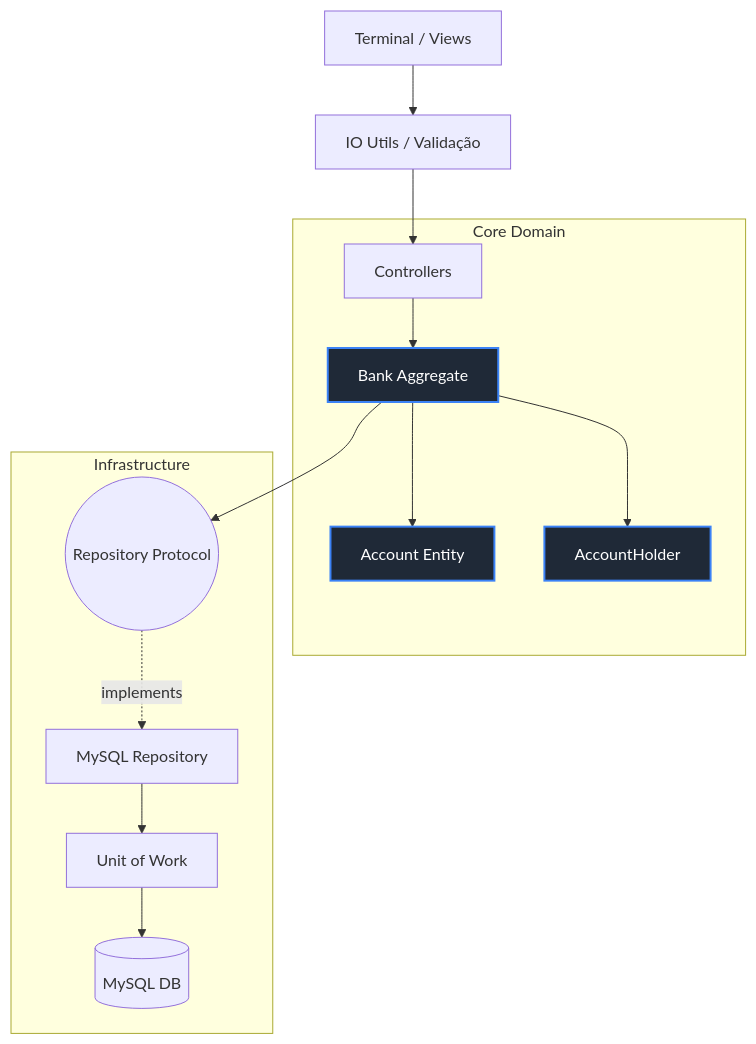
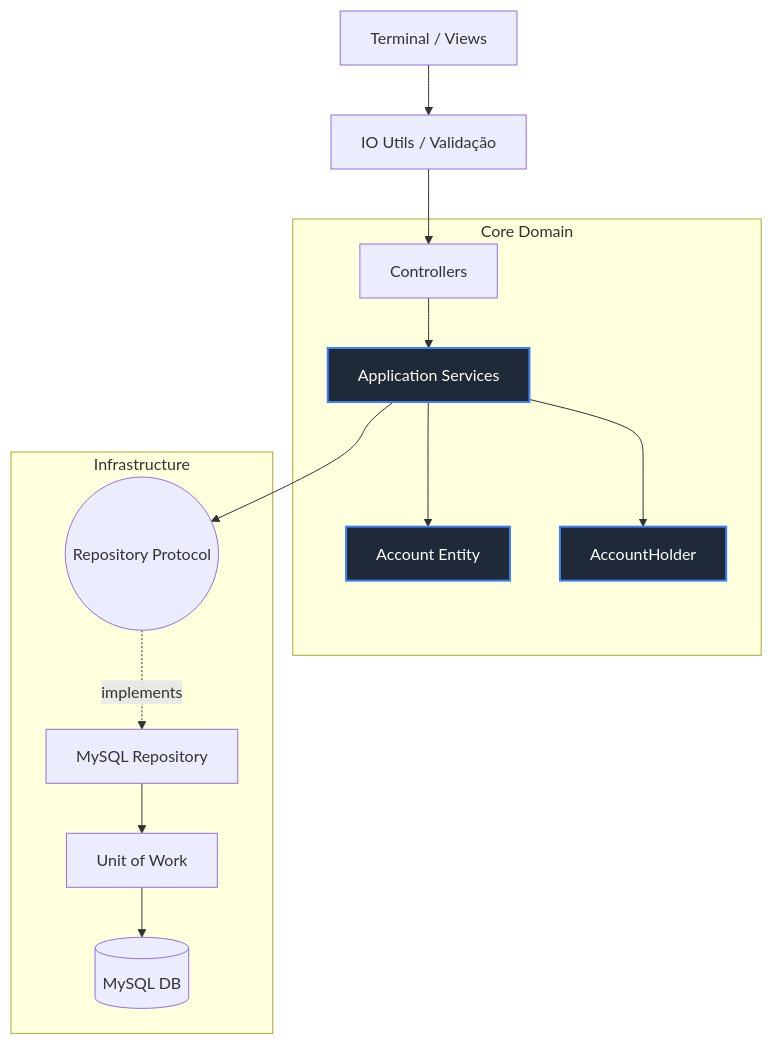
Before and after one commit to Joziel-Freitas/pybank: the diagram in README.md, drawn with Mermaid. The commit also changed other lines of this file, not shown here.

Commit message:
docs: update README.md with system v3.0 architecture, evolutionary history, and technical highlights

````diff
--- a/README.md
+++ b/README.md
@@ -32,22 +69,22 @@
 ```mermaid
 graph TD
     UI[Terminal / Views] --> IO[IO Utils / Validação]
     IO --> Controller[Controllers]
 
     subgraph Core Domain
-        Controller --> Bank[Bank Aggregate]
-        Bank --> Account[Account Entity]
-        Bank --> Person[AccountHolder]
+        Controller --> Services[Application Services]
+        Services --> Account[Account Entity]
+        Services --> Person[AccountHolder]
     end
 
-    Bank --> RepoInterface((Repository Protocol))
+    Services --> RepoInterface((Repository Protocol))
 
     subgraph Infrastructure
         RepoInterface -. implements .-> MySQLRepo[MySQL Repository]
         MySQLRepo --> UoW[Unit of Work]
         UoW --> DB[(MySQL DB)]
     end
 
     classDef domain fill:#1f2937,stroke:#3b82f6,stroke-width:2px,color:#fff;
-    class Bank,Account,Person domain;
+    class Services,Account,Person domain;
 ```
````
